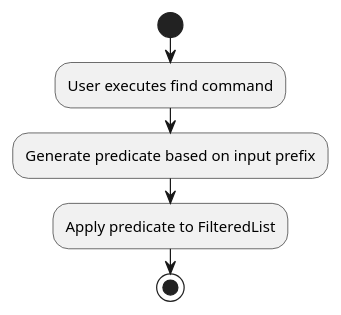
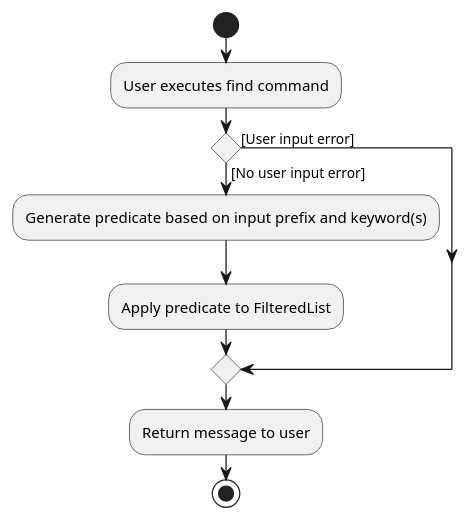
The diagram in docs/diagrams/FindActivityDiagram.puml (pennhanlee/tp), drawn with PlantUML before and after one commit. The commit also changed 7 other files, not shown here.

```diff
--- a/docs/diagrams/FindActivityDiagram.puml
+++ b/docs/diagrams/FindActivityDiagram.puml
@@ -1,10 +1,13 @@
 @startuml
 start
 :User executes find command;
 
-:Generate predicate based on input prefix;
+if() then ([No user input error])
+:Generate predicate based on input prefix and keyword(s);
 
 :Apply predicate to FilteredList;
-
+else ([User input error])
+endif
+:Return message to user;
 stop
 @enduml
```
